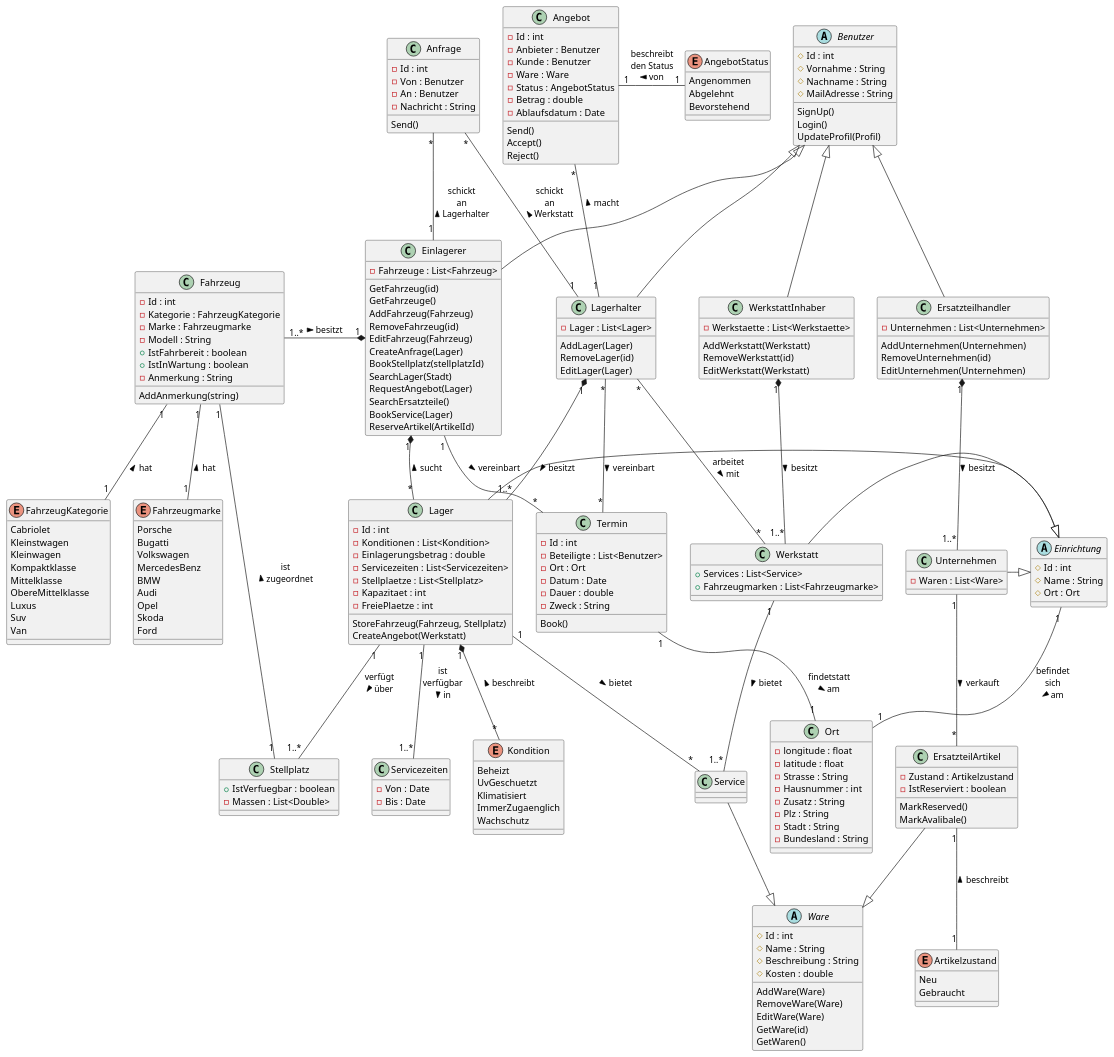
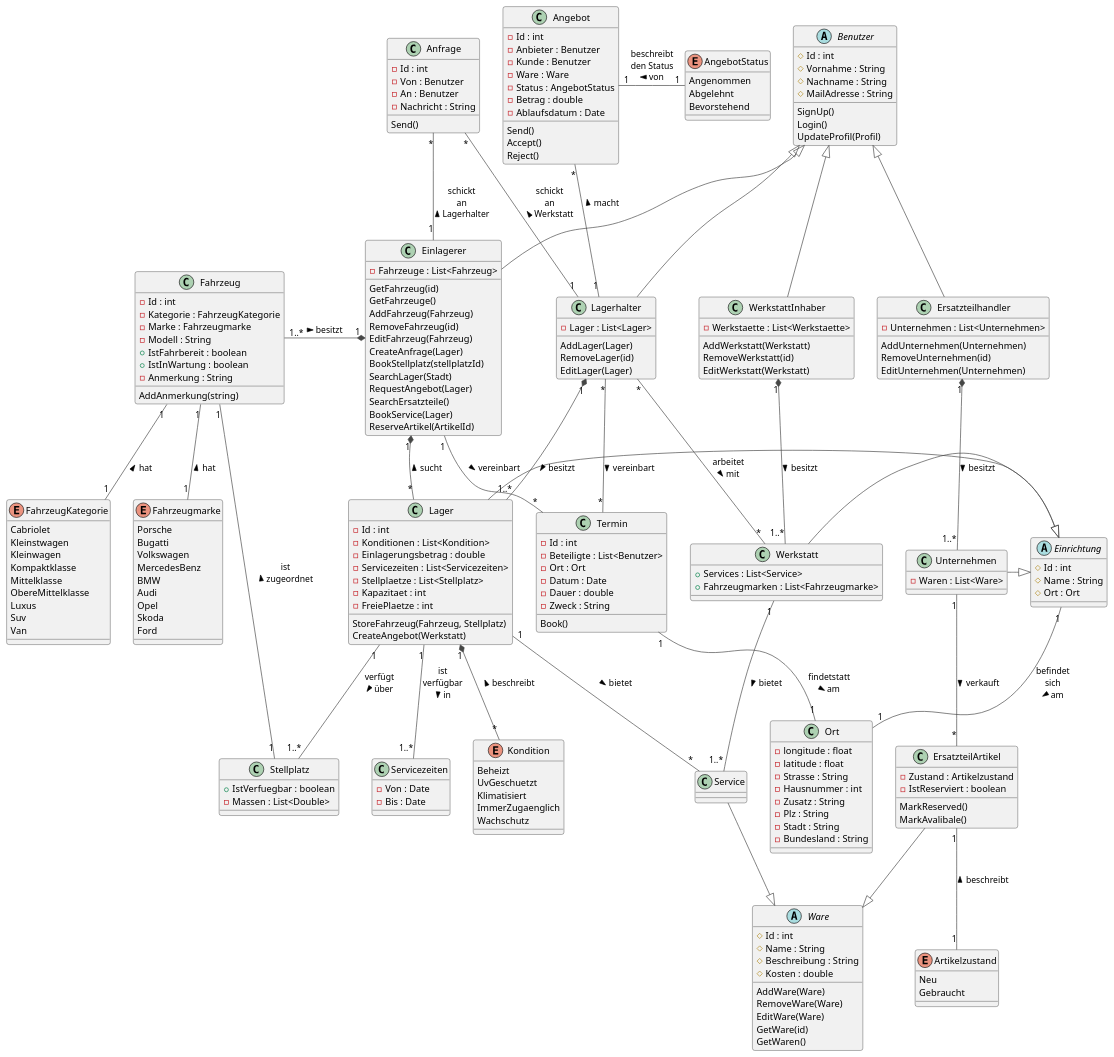
One commit to CedricNdong/The-Vintage-Car-Community changed the diagram in Diagrams/domainmodel.plantuml. Above: the diagram before and after it, drawn with PlantUML. The commit also changed 7 other files, not shown here.

Commit message:
componenten diagramm

```diff
--- a/Diagrams/domainmodel.plantuml
+++ b/Diagrams/domainmodel.plantuml
@@ -1,4 +1,6 @@
 @startuml
+!theme vibrant
+
 abstract Benutzer {
   # Id : int 
   # Vornahme : String
```
